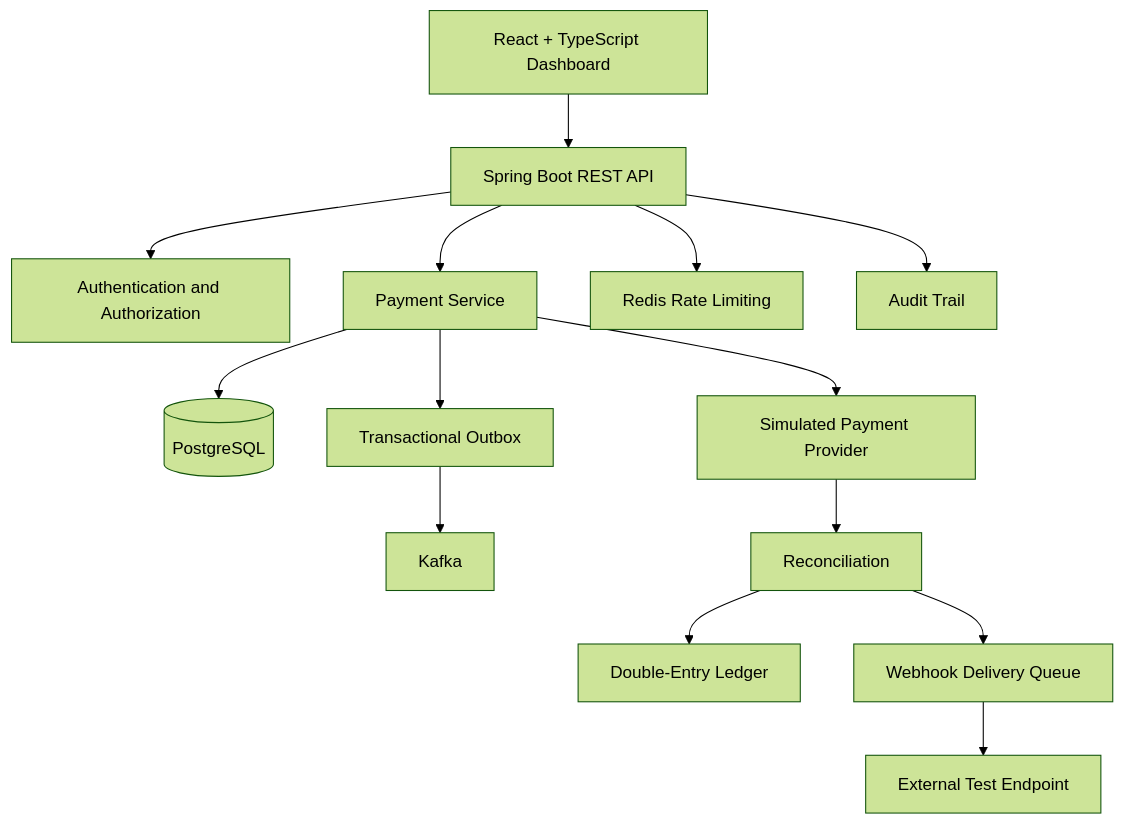
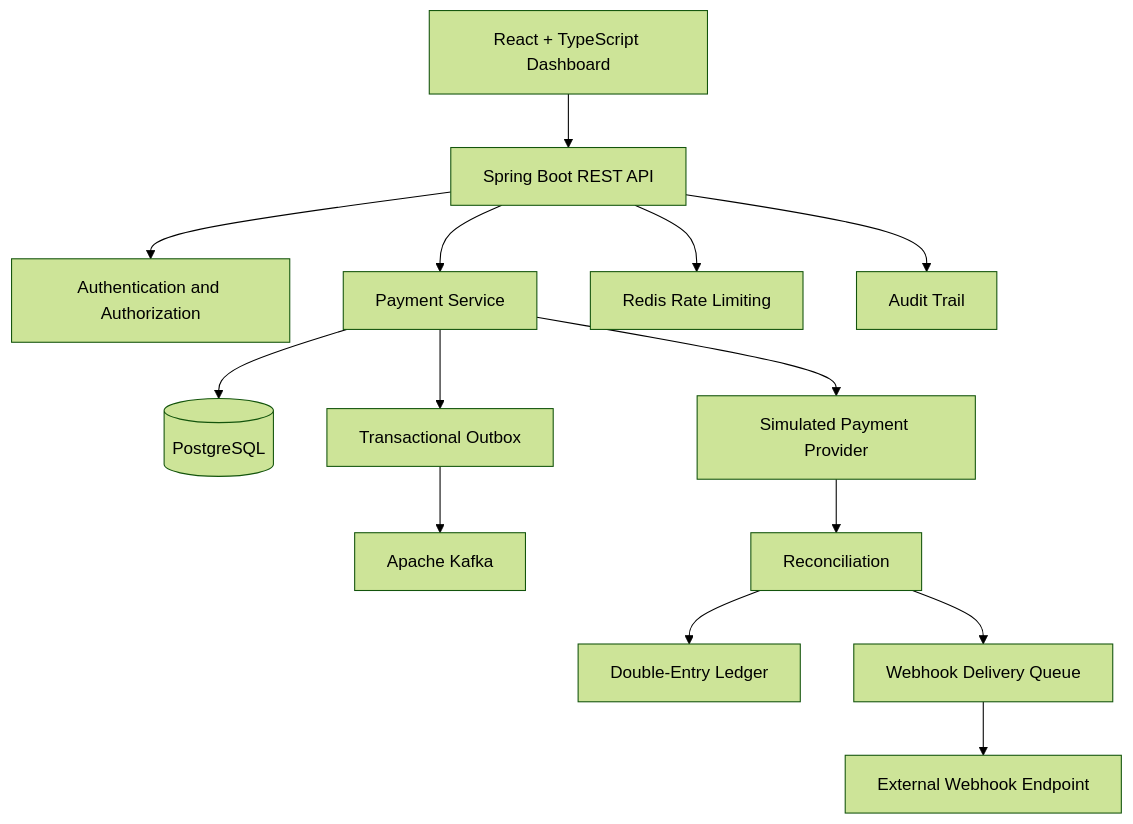
Before and after one commit to Prasanna9145/fluxpay: the diagram in README.md, drawn with Mermaid (forest theme). The commit also changed other lines of this file, not shown here.

````diff
--- a/README.md
+++ b/README.md
@@ -44,16 +80,16 @@
 ```mermaid
 flowchart TD
     A[React + TypeScript Dashboard] --> B[Spring Boot REST API]
     B --> C[Authentication and Authorization]
     B --> D[Payment Service]
     D --> E[(PostgreSQL)]
     D --> F[Transactional Outbox]
-    F --> G[Kafka]
+    F --> G[Apache Kafka]
     D --> H[Simulated Payment Provider]
     H --> I[Reconciliation]
     I --> J[Double-Entry Ledger]
     I --> K[Webhook Delivery Queue]
-    K --> L[External Test Endpoint]
+    K --> L[External Webhook Endpoint]
     B --> M[Redis Rate Limiting]
     B --> N[Audit Trail]
 ```
````
